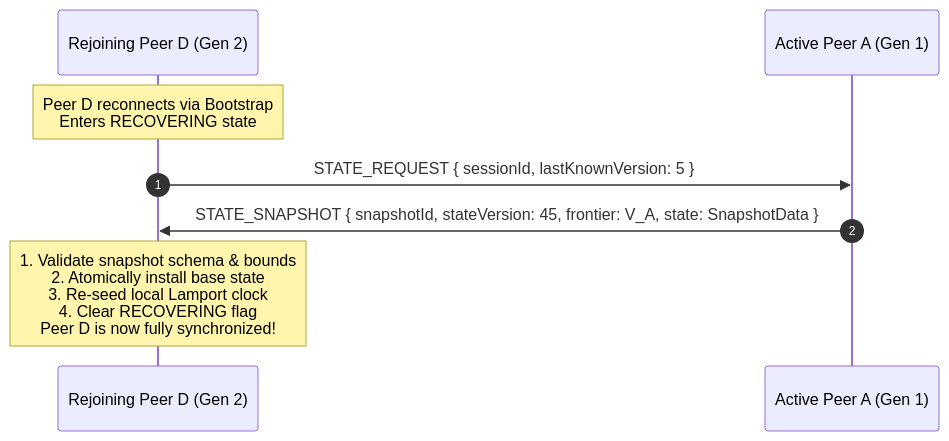
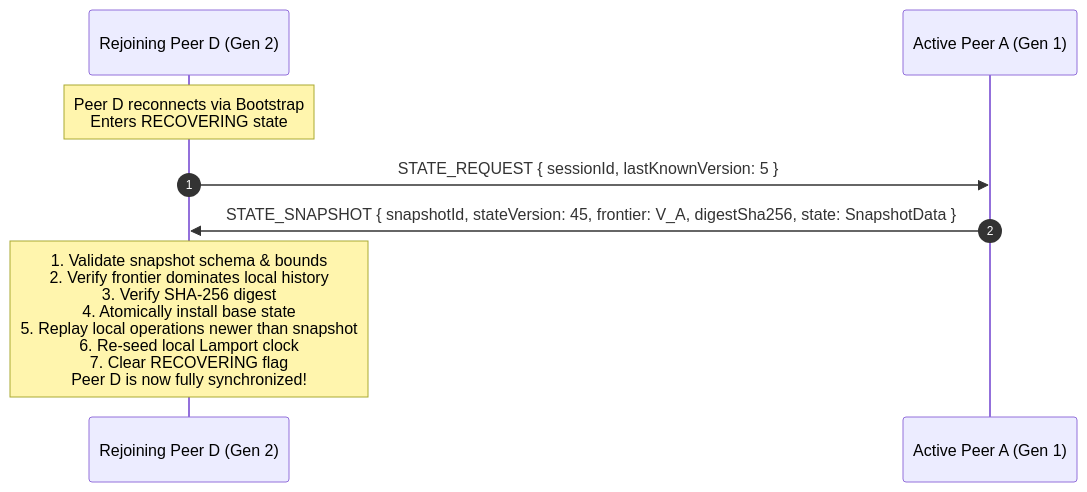
One commit to Tejdeepakchandra/SyncPlay_Protocol changed the fifth of 5 diagrams in docs/PHASE7_2_LLD.md. Above: the diagram before and after it, drawn with Mermaid. The commit also changed other lines of this file and 8 other files, not shown here.

Commit message:
docs: complete Phase 7.2-R1 architectural corrections and consistency review

````diff
--- a/docs/PHASE7_2_LLD.md
+++ b/docs/PHASE7_2_LLD.md
@@ -264,11 +347,11 @@
 ```mermaid
 sequenceDiagram
     autonumber
     participant PeerD as Rejoining Peer D (Gen 2)
     participant PeerA as Active Peer A (Gen 1)
 
     Note over PeerD: Peer D reconnects via Bootstrap<br/>Enters RECOVERING state
     PeerD->>PeerA: STATE_REQUEST { sessionId, lastKnownVersion: 5 }
-    PeerA->>PeerD: STATE_SNAPSHOT { snapshotId, stateVersion: 45, frontier: V_A, state: SnapshotData }
-    Note over PeerD: 1. Validate snapshot schema & bounds<br/>2. Atomically install base state<br/>3. Re-seed local Lamport clock<br/>4. Clear RECOVERING flag<br/>Peer D is now fully synchronized!
+    PeerA->>PeerD: STATE_SNAPSHOT { snapshotId, stateVersion: 45, frontier: V_A, digestSha256, state: SnapshotData }
+    Note over PeerD: 1. Validate snapshot schema & bounds<br/>2. Verify frontier dominates local history<br/>3. Verify SHA-256 digest<br/>4. Atomically install base state<br/>5. Replay local operations newer than snapshot<br/>6. Re-seed local Lamport clock<br/>7. Clear RECOVERING flag<br/>Peer D is now fully synchronized!
 ```
````
